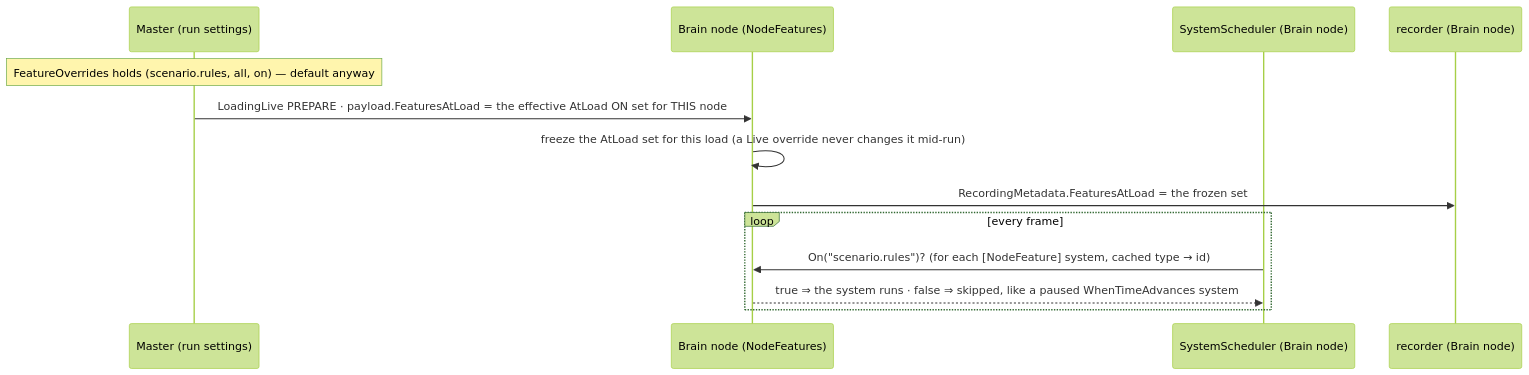
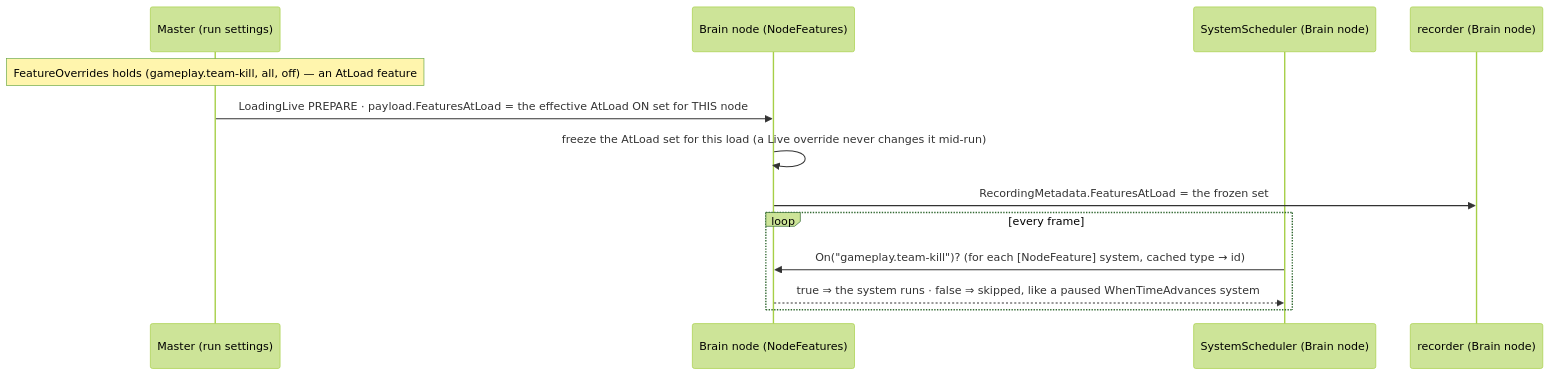
The fourth of 5 diagrams in docs/DESIGN_Node_Features.md (pjanec/HROT), drawn with Mermaid (forest theme) before and after one commit. The commit also changed other lines of this file and 9 other files, not shown here.

First line of the commit message:
DESIGN_Scenario_Macros split out (user: macros are a separate feature); SR-145 / F-20: no scenario.rules feature — objectives and triggers are content

````diff
--- a/docs/DESIGN_Node_Features.md
+++ b/docs/DESIGN_Node_Features.md
@@ -151,15 +152,15 @@
 ```mermaid
 sequenceDiagram
     participant M as Master (run settings)
     participant N as Brain node (NodeFeatures)
     participant K as SystemScheduler (Brain node)
     participant R as recorder (Brain node)
-    Note over M: FeatureOverrides holds (scenario.rules, all, on) — default anyway
+    Note over M: FeatureOverrides holds (gameplay.team-kill, all, off) — an AtLoad feature
     M->>N: LoadingLive PREPARE · payload.FeaturesAtLoad = the effective AtLoad ON set for THIS node
     N->>N: freeze the AtLoad set for this load (a Live override never changes it mid-run)
     N->>R: RecordingMetadata.FeaturesAtLoad = the frozen set
     loop every frame
-        K->>N: On("scenario.rules")? (for each [NodeFeature] system, cached type → id)
+        K->>N: On("gameplay.team-kill")? (for each [NodeFeature] system, cached type → id)
         N-->>K: true ⇒ the system runs · false ⇒ skipped, like a paused WhenTimeAdvances system
     end
 ```
````
